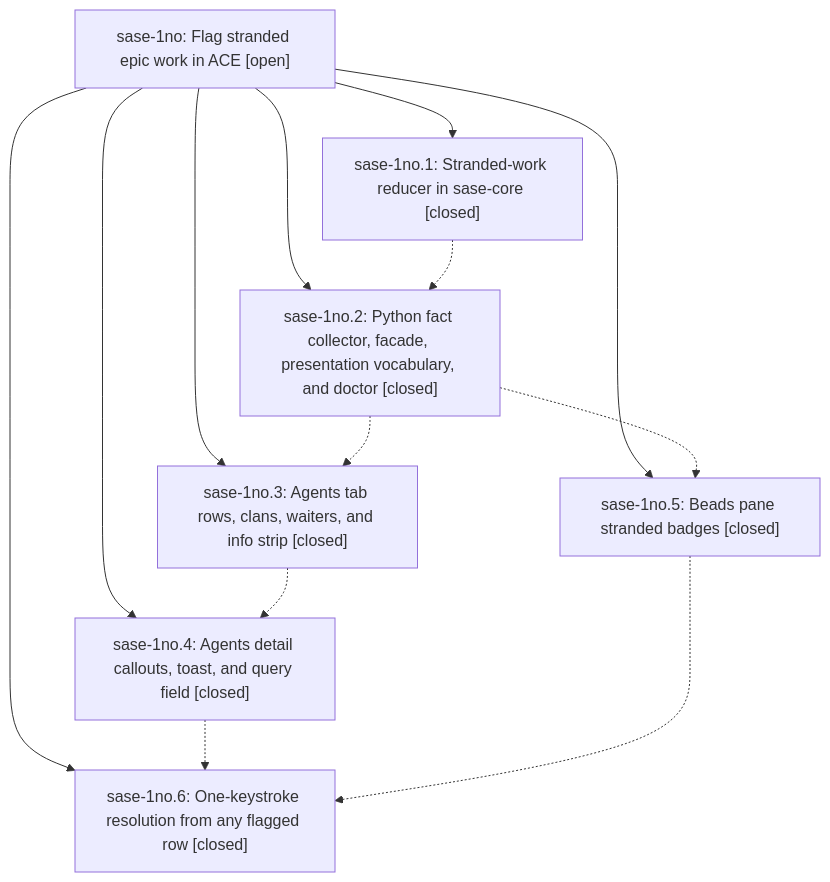
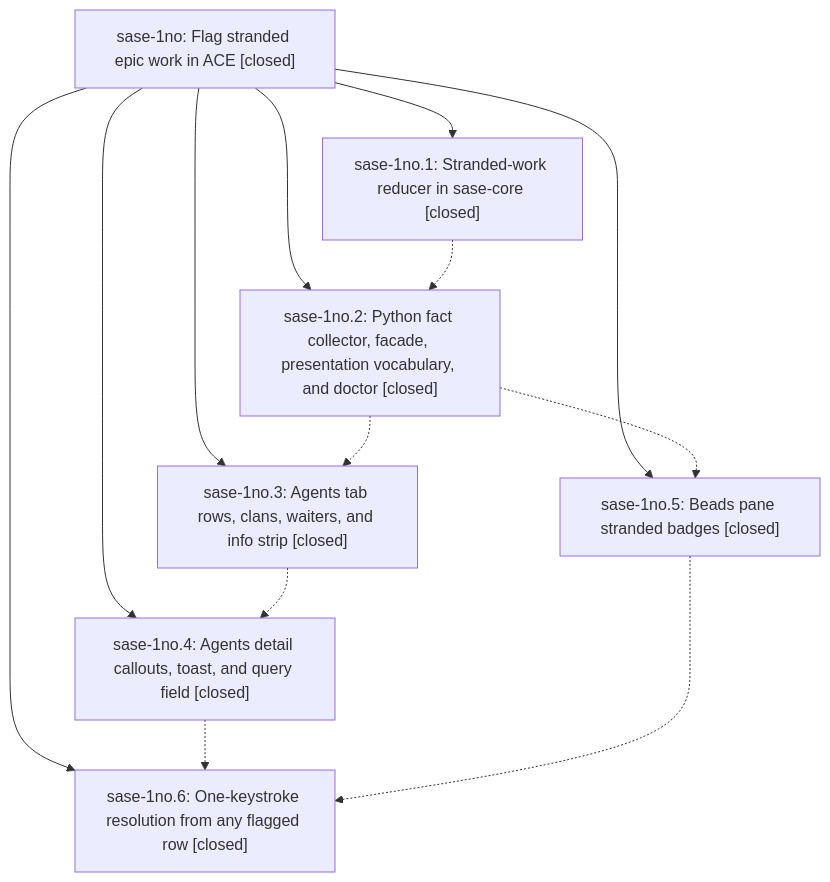
The diagram in pages/sase-1no/README.md (sase-org/sase--beads), drawn with Mermaid before and after one commit. The commit also changed other lines of this file and 1 other file, not shown here.

First line of the commit message:
chore(beads): sync bead state and pages for sase-1no

````diff
--- a/pages/sase-1no/README.md
+++ b/pages/sase-1no/README.md
@@ -49,22 +78,22 @@
 ```mermaid
 flowchart TD
-    n0["sase-1no: Flag stranded epic work in ACE [open]"]
+    n0["sase-1no: Flag stranded epic work in ACE [closed]"]
     n1["sase-1no.1: Stranded-work reducer in sase-core [closed]"]
     n2["sase-1no.2: Python fact collector, facade, presentation vocabulary, and doctor [closed]"]
     n3["sase-1no.3: Agents tab rows, clans, waiters, and info strip [closed]"]
     n4["sase-1no.4: Agents detail callouts, toast, and query field [closed]"]
     n5["sase-1no.5: Beads pane stranded badges [closed]"]
     n6["sase-1no.6: One-keystroke resolution from any flagged row [closed]"]
     n0 --> n1
     n0 --> n2
     n0 --> n3
     n0 --> n4
     n0 --> n5
     n0 --> n6
     n1 -.-> n2
     n2 -.-> n3
     n2 -.-> n5
     n3 -.-> n4
     n4 -.-> n6
     n5 -.-> n6
 ```
````
